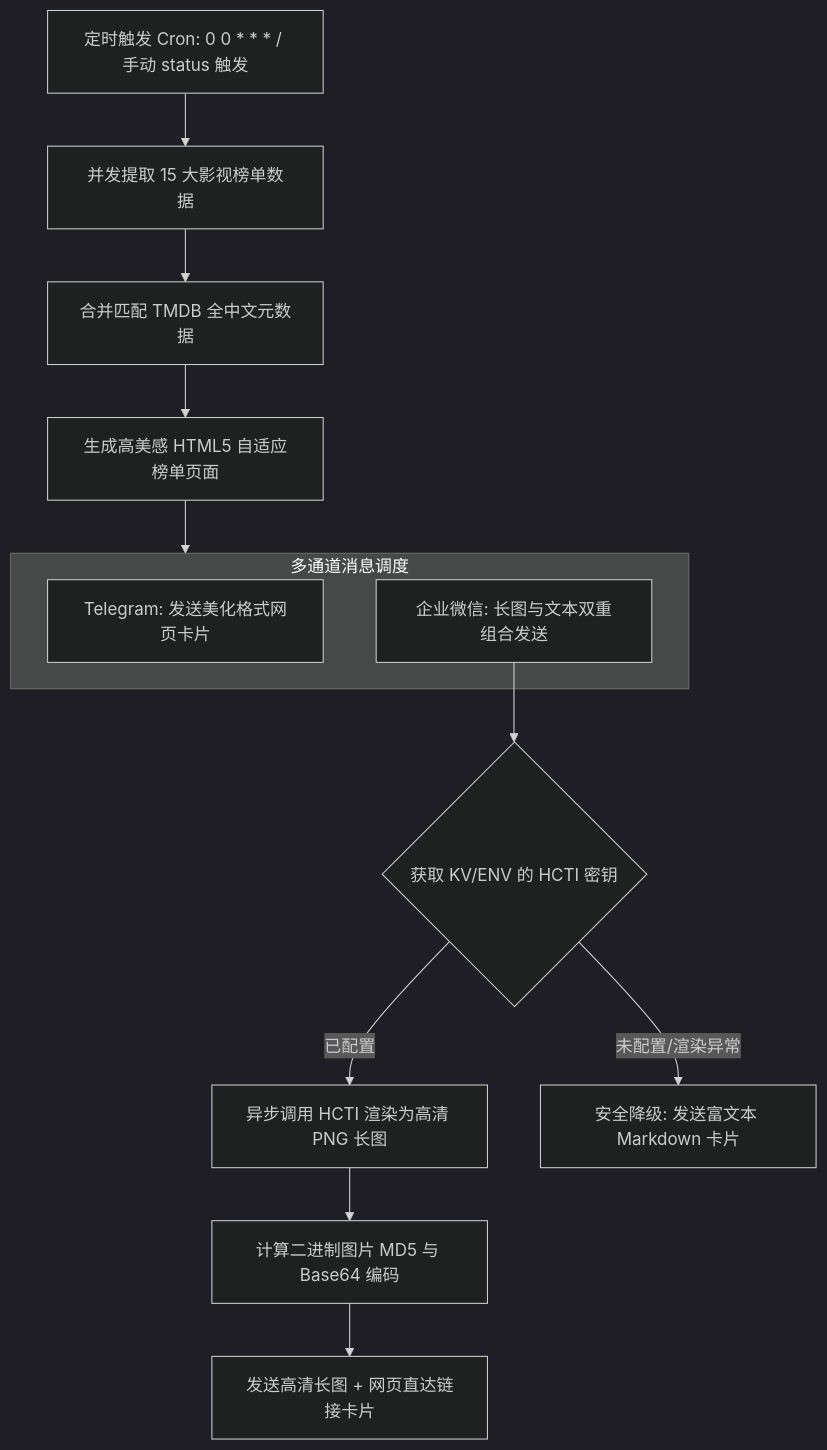
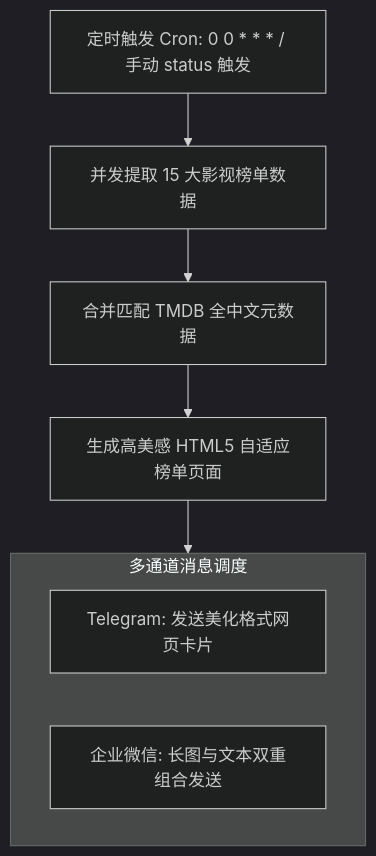
The diagram in README.md (Hqsxjj/rmbd), drawn with Mermaid (dark theme) before and after one commit. The commit also changed other lines of this file, not shown here.

````diff
--- a/README.md
+++ b/README.md
@@ -47,19 +47,13 @@
 ```mermaid
 graph TD
     A[定时触发 Cron: 0 0 * * * / 手动 status 触发] --> B[并发提取 15 大影视榜单数据]
     B --> C[合并匹配 TMDB 全中文元数据]
     C --> D[生成高美感 HTML5 自适应榜单页面]
     D --> E[合并多通道消息调度]
     
     subgraph E [多通道消息调度]
         E1[Telegram: 发送美化格式网页卡片]
         E2[企业微信: 长图与文本双重组合发送]
     end
     
-    E2 --> F{获取 KV/ENV 的 HCTI 密钥}
-    F -- 已配置 --> G[异步调用 HCTI 渲染为高清 PNG 长图]
-    G --> H[计算二进制图片 MD5 与 Base64 编码]
-    H --> I[发送高清长图 + 网页直达链接卡片]
-    
-    F -- 未配置/渲染异常 --> J[安全降级: 发送富文本 Markdown 卡片]
 ```
````
